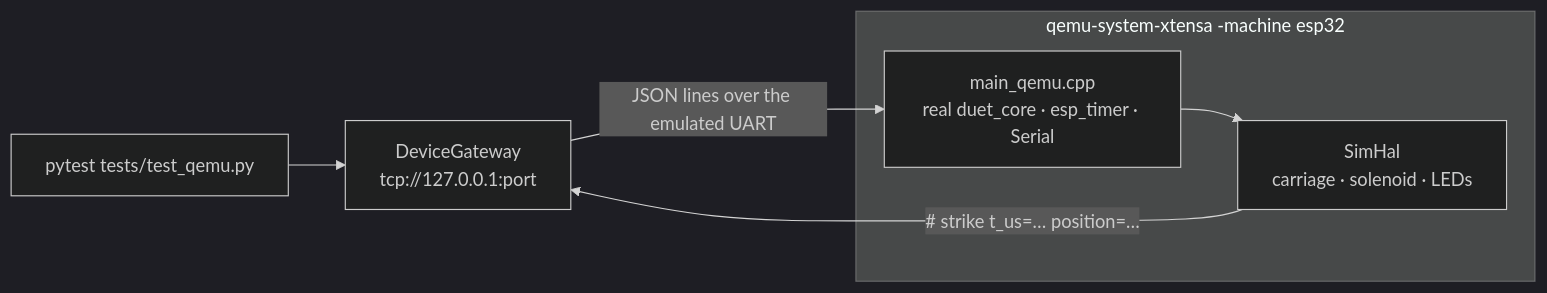
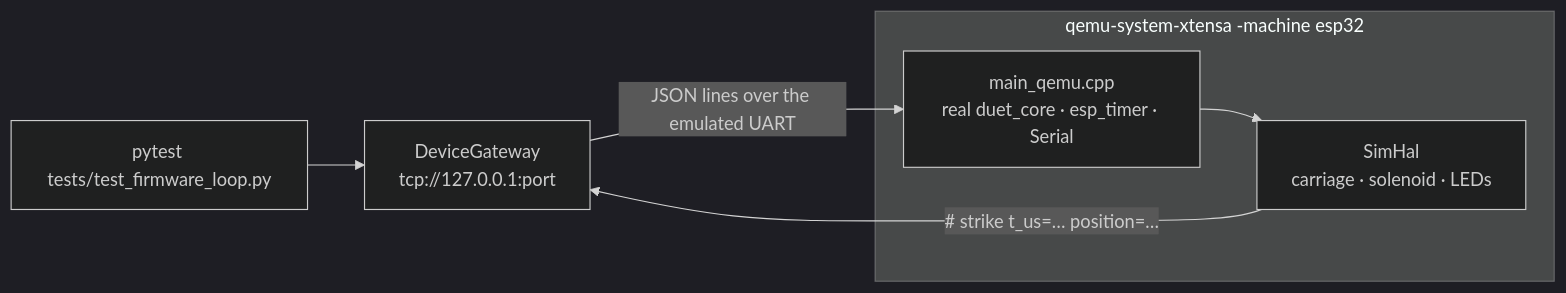
The diagram in firmware/QEMU.md (gilrvrv-design/Duet), drawn with Mermaid (dark theme) before and after one commit. The commit also changed other lines of this file and 11 other files, not shown here.

````diff
--- a/firmware/QEMU.md
+++ b/firmware/QEMU.md
@@ -8,9 +30,9 @@
 ```mermaid
 flowchart LR
-    test["pytest tests/test_qemu.py"] --> gw["DeviceGateway<br/>tcp://127.0.0.1:port"]
+    test["pytest tests/test_firmware_loop.py"] --> gw["DeviceGateway<br/>tcp://127.0.0.1:port"]
     gw -->|"JSON lines over the emulated UART"| fw
     subgraph qemu["qemu-system-xtensa -machine esp32"]
         fw["main_qemu.cpp<br/>real duet_core · esp_timer · Serial"] --> hal["SimHal<br/>carriage · solenoid · LEDs"]
     end
     hal -->|"# strike t_us=… position=…"| gw
 ```
````
